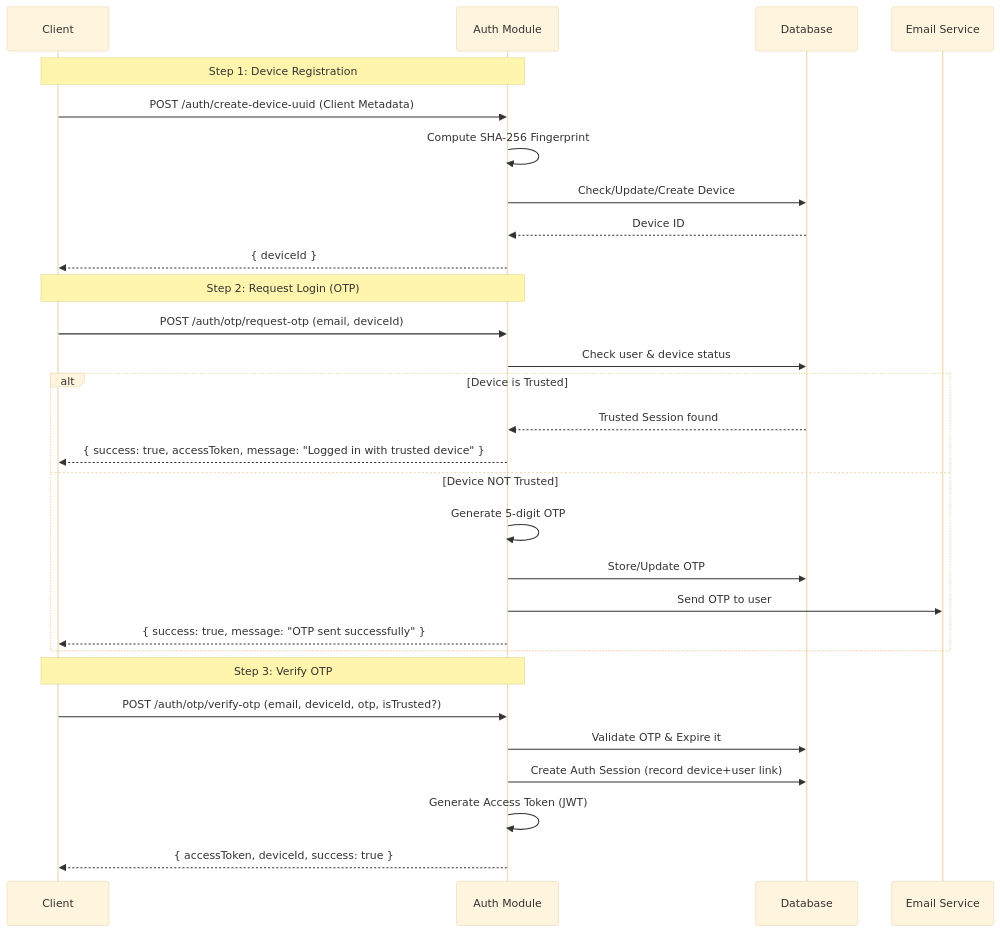
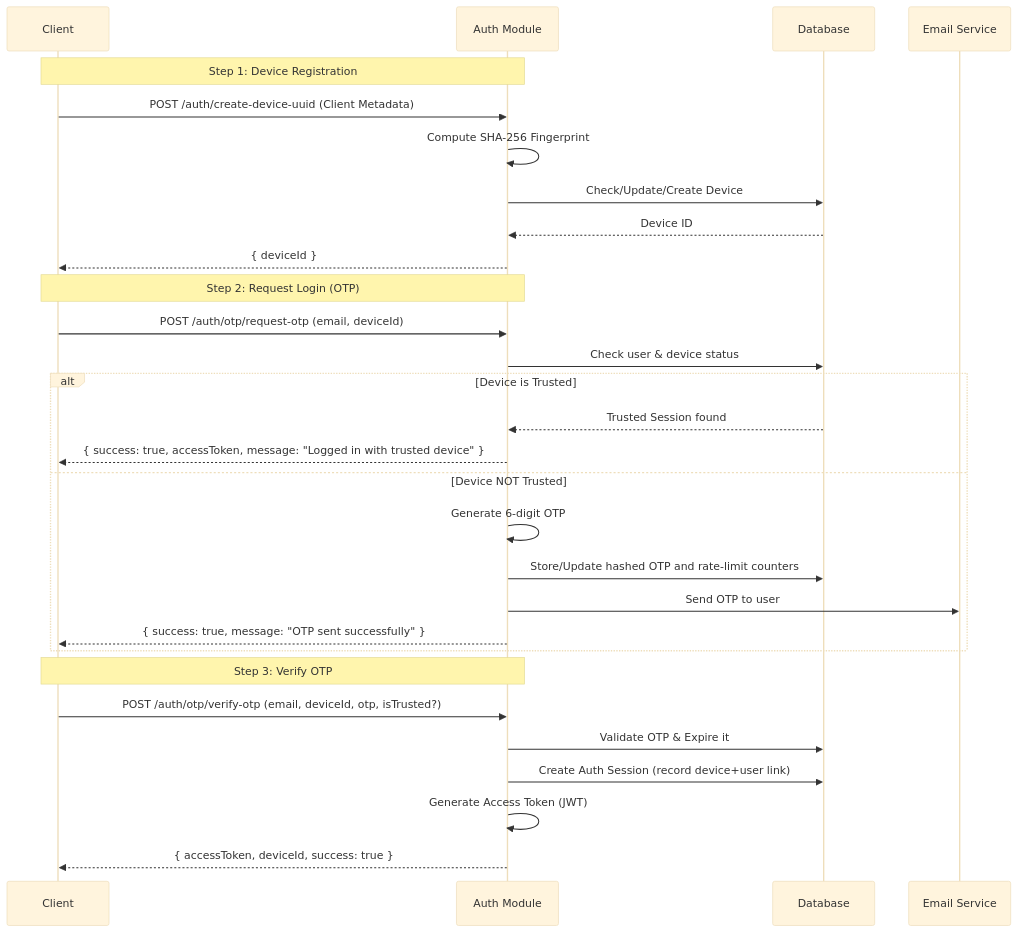
The diagram in apps/backend/api_server/src/module/auth/AUTH_FLOW.md (ishafiul/oidc), drawn with Mermaid (base theme) before and after one commit. The commit also changed 14 other files, not shown here.

First line of the commit message:
feat(auth): enhance OTP handling with rate limiting and logging

````diff
--- a/apps/backend/api_server/src/module/auth/AUTH_FLOW.md
+++ b/apps/backend/api_server/src/module/auth/AUTH_FLOW.md
@@ -14,34 +14,34 @@
 ```mermaid
 sequenceDiagram
     participant Client
     participant API as Auth Module
     participant DB as Database
     participant Email as Email Service
 
     Note over Client, API: Step 1: Device Registration
     Client->>API: POST /auth/create-device-uuid (Client Metadata)
     API->>API: Compute SHA-256 Fingerprint
     API->>DB: Check/Update/Create Device
     DB-->>API: Device ID
     API-->>Client: { deviceId }
 
     Note over Client, API: Step 2: Request Login (OTP)
     Client->>API: POST /auth/otp/request-otp (email, deviceId)
     API->>DB: Check user & device status
     alt Device is Trusted
         DB-->>API: Trusted Session found
         API-->>Client: { success: true, accessToken, message: "Logged in with trusted device" }
     else Device NOT Trusted
-        API->>API: Generate 5-digit OTP
-        API->>DB: Store/Update OTP
+        API->>API: Generate 6-digit OTP
+        API->>DB: Store/Update hashed OTP and rate-limit counters
         API->>Email: Send OTP to user
         API-->>Client: { success: true, message: "OTP sent successfully" }
     end
 
     Note over Client, API: Step 3: Verify OTP
     Client->>API: POST /auth/otp/verify-otp (email, deviceId, otp, isTrusted?)
     API->>DB: Validate OTP & Expire it
     API->>DB: Create Auth Session (record device+user link)
     API->>API: Generate Access Token (JWT)
     API-->>Client: { accessToken, deviceId, success: true }
 ```
````
